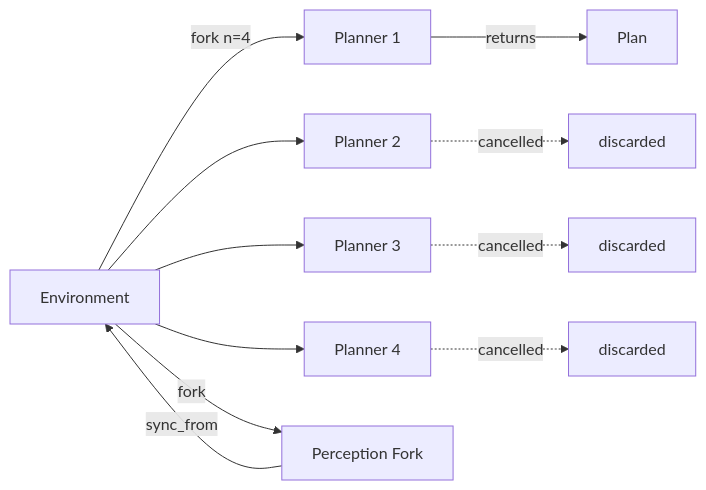
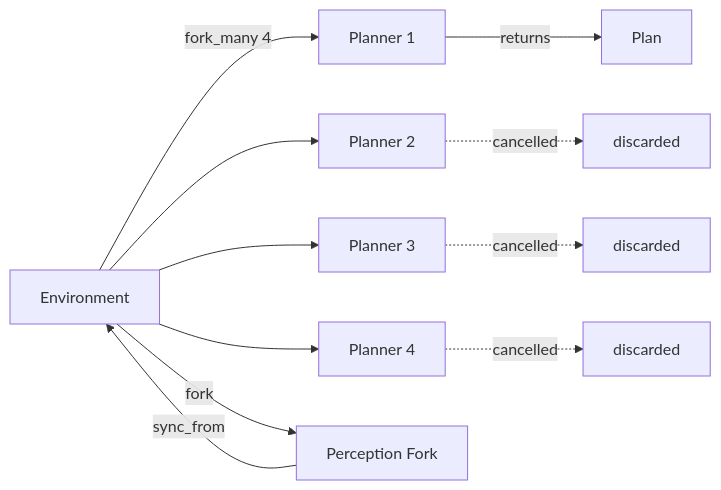
One commit to personalrobotics/mj_environment changed the first of 2 diagrams in README.md. Above: the diagram before and after it, drawn with Mermaid. The commit also changed other lines of this file and 1 other file, not shown here.

````diff
--- a/README.md
+++ b/README.md
@@ -51,13 +51,13 @@
 ```mermaid
 graph LR
-    E[Environment] -->|fork n=4| P1[Planner 1]
+    E[Environment] -->|fork_many 4| P1[Planner 1]
     E --> P2[Planner 2]
     E --> P3[Planner 3]
     E --> P4[Planner 4]
     P1 -->|returns| W[Plan]
     P2 -.->|cancelled| X1[discarded]
     P3 -.->|cancelled| X2[discarded]
     P4 -.->|cancelled| X3[discarded]
     E -->|fork| R[Perception Fork]
     R -->|sync_from| E
 ```
````
